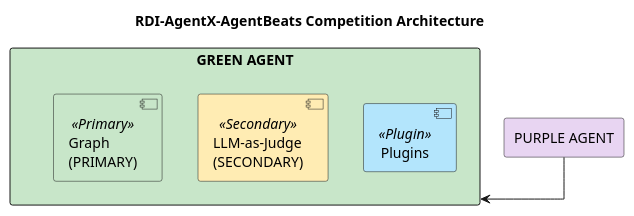
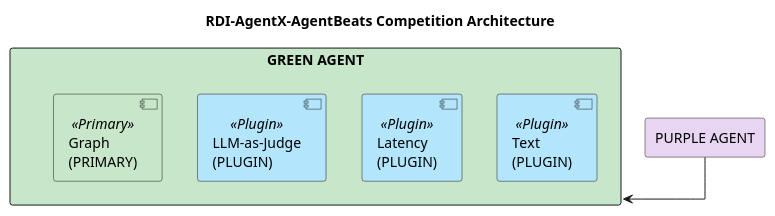
Before and after one commit to qte77/RDI-AgentBeats-MAS-GraphJudge: the diagram in docs/arch_vis/AgenticBenchArch.puml, drawn with PlantUML. The commit also changed 75 other files, not shown here.

```diff
--- a/docs/arch_vis/AgenticBenchArch.puml
+++ b/docs/arch_vis/AgenticBenchArch.puml
@@ -1,28 +1,30 @@
 @startuml RDI-AgentX-Architecture
 title RDI-AgentX-AgentBeats Competition Architecture
 
 skinparam component {
     BackgroundColor<<Agent>> #E8D5F2
     BackgroundColor<<Primary>> #C8E6C9
     BackgroundColor<<Secondary>> #FFECB3
     BackgroundColor<<Plugin>> #B3E5FC
 }
 
 skinparam packageStyle rectangle
 skinparam linetype ortho
 
 package "PURPLE AGENT" as PurpleAgent #E8D5F2 {
 }
 
 package "GREEN AGENT" as GreenAgent #C8E6C9 {
   component "Graph\n(PRIMARY)" as Graph <<Primary>>
-  component "LLM-as-Judge\n(SECONDARY)" as LLMJudge <<Secondary>>
-  component "Plugins" as Plugins <<Plugin>>
+  component "LLM-as-Judge\n(PLUGIN)" as LLMJudge <<Plugin>>
+  component "Latency\n(PLUGIN)" as Latency <<Plugin>>
+  component "Text\n(PLUGIN)" as TextPlugin <<Plugin>>
 
   Graph -[hidden]right- LLMJudge
-  LLMJudge -[hidden]right- Plugins
+  LLMJudge -[hidden]right- Latency
+  Latency -[hidden]right- TextPlugin
 }
 
 PurpleAgent -right-> GreenAgent
 
 @enduml
```
